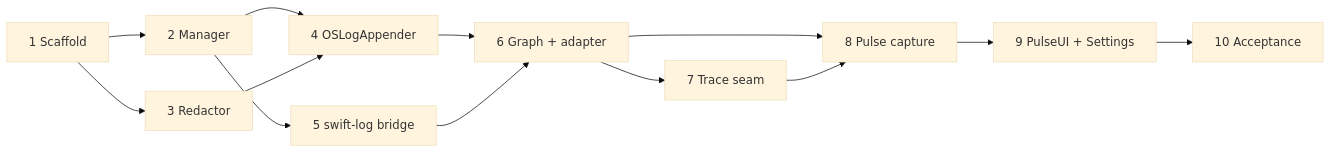
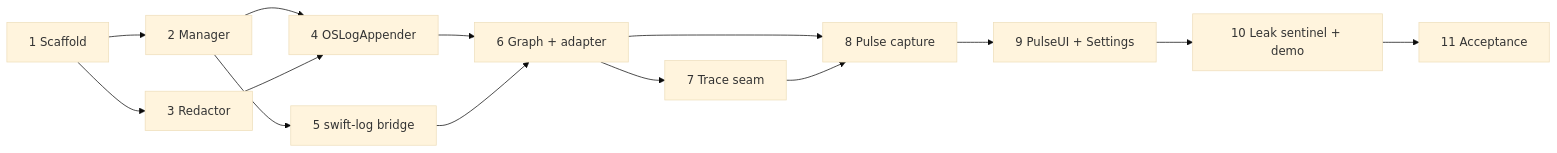
The fourth of 4 diagrams in .devtool/epic/pulse_logger/pulse_logger.vi.md (DanhDue/ios_digital_wallet), drawn with Mermaid (base theme) before and after one commit. The commit also changed other lines of this file and 12 other files, not shown here.

First line of the commit message:
[PULSE_LOGGER] Add leak fixtures and a runtime leak sentinel with a demo sample

````diff
--- a/.devtool/epic/pulse_logger/pulse_logger.vi.md
+++ b/.devtool/epic/pulse_logger/pulse_logger.vi.md
@@ -407,15 +426,16 @@
 ```mermaid
 flowchart LR
     T1[1 Scaffold] --> T2[2 Manager]
     T1 --> T3[3 Redactor]
     T2 --> T4[4 OSLogAppender]
     T3 --> T4
     T2 --> T5[5 swift-log bridge]
     T4 --> T6[6 Graph + adapter]
     T5 --> T6
     T6 --> T7[7 Trace seam]
     T6 --> T8[8 Pulse capture]
     T7 --> T8
     T8 --> T9[9 PulseUI + Settings]
-    T9 --> T10[10 Acceptance]
+    T9 --> T10[10 Leak sentinel + demo]
+    T10 --> T11[11 Acceptance]
 ```
````
